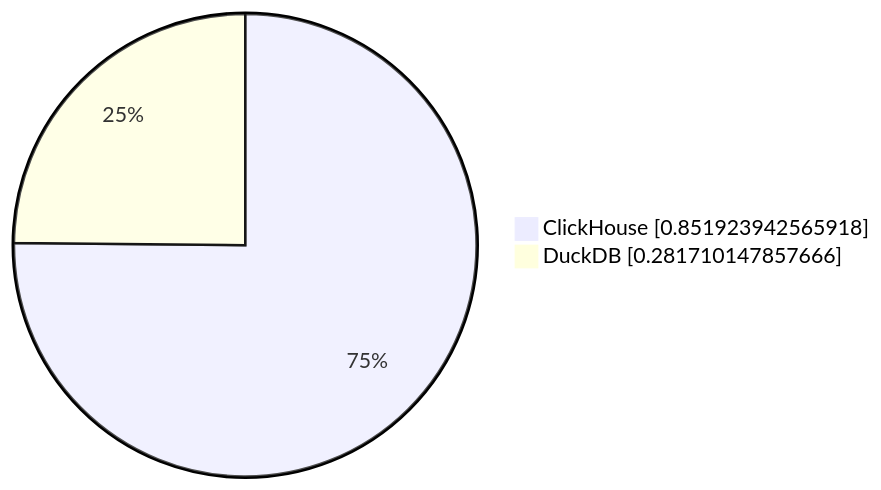
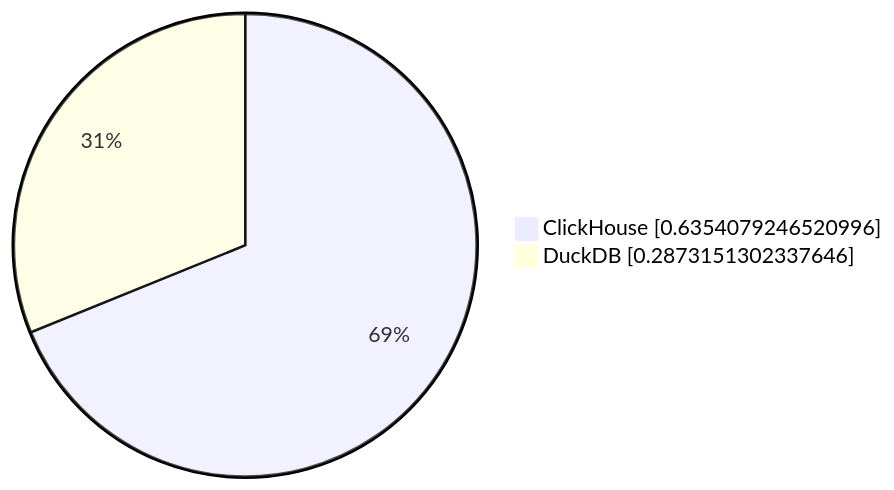
The tenth of 10 diagrams in parquet/performance/results/ontime/23.11.1.2711-alpine/README.md (Altinity/clickhouse-regression), drawn with Mermaid before and after one commit. The commit also changed other lines of this file and 8 other files, not shown here.

````diff
--- a/parquet/performance/results/ontime/23.11.1.2711-alpine/README.md
+++ b/parquet/performance/results/ontime/23.11.1.2711-alpine/README.md
@@ -100,5 +100,5 @@
 ```mermaid
      pie showData
-         "ClickHouse" : 0.851923942565918
-         "DuckDB" : 0.281710147857666
+         "ClickHouse" : 0.6354079246520996
+         "DuckDB" : 0.2873151302337646
 ```
````
